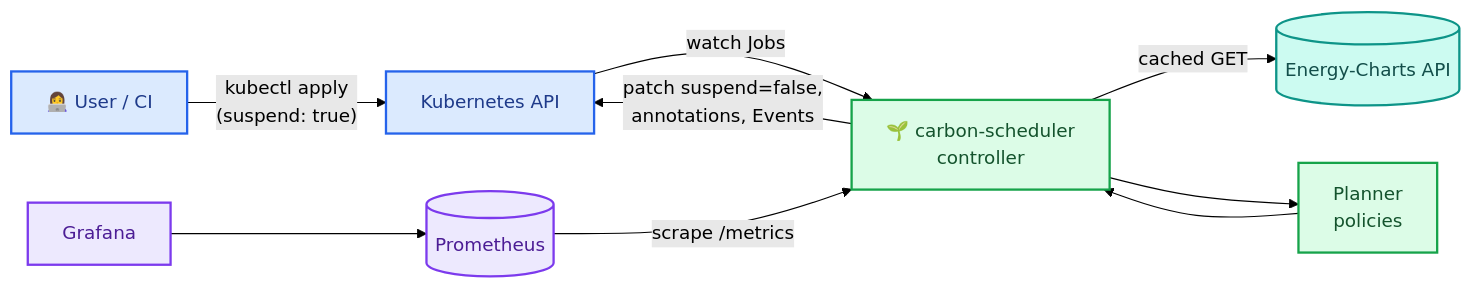
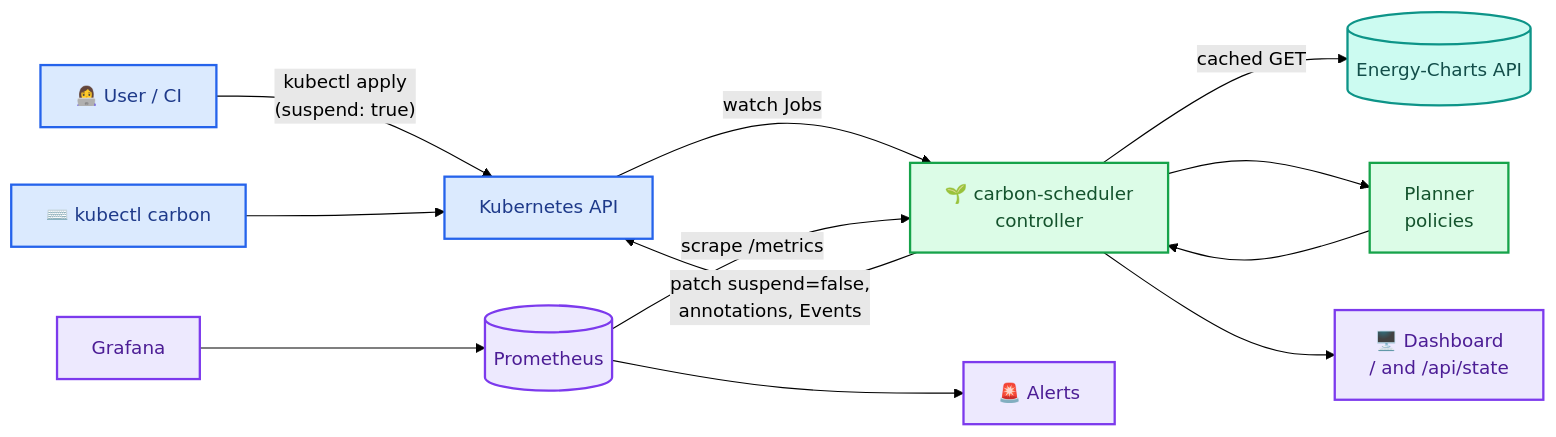
One commit to mahmudul-islam32/carbon-aware-k8s-scheduler changed the diagram in README.md. Above: the diagram before and after it, drawn with Mermaid (forest theme). The commit also changed other lines of this file and 19 other files, not shown here.

````diff
--- a/README.md
+++ b/README.md
@@ -116,16 +232,19 @@
 ```mermaid
 flowchart LR
     classDef ext fill:#ccfbf1,stroke:#0d9488,color:#134e4a,stroke-width:2px
     classDef ctrl fill:#dcfce7,stroke:#16a34a,color:#14532d,stroke-width:2px
     classDef obs fill:#ede9fe,stroke:#7c3aed,color:#4c1d95,stroke-width:2px
     classDef k8s fill:#dbeafe,stroke:#2563eb,color:#1e3a8a,stroke-width:2px
 
     U["👩‍💻 User / CI"]:::k8s -->|"kubectl apply<br/>(suspend: true)"| API["Kubernetes API"]:::k8s
     API -->|watch Jobs| C["🌱 carbon-scheduler<br/>controller"]:::ctrl
     C -->|"patch suspend=false,<br/>annotations, Events"| API
     C -->|cached GET| EC[("Energy-Charts API")]:::ext
     C --> P["Planner<br/>policies"]:::ctrl
     P --> C
+    C --> D["🖥️ Dashboard<br/>/ and /api/state"]:::obs
     PR[("Prometheus")]:::obs -->|"scrape /metrics"| C
+    PR --> AL["🚨 Alerts"]:::obs
     G["Grafana"]:::obs --> PR
+    K["⌨️ kubectl carbon"]:::k8s --> API
 ```
````
